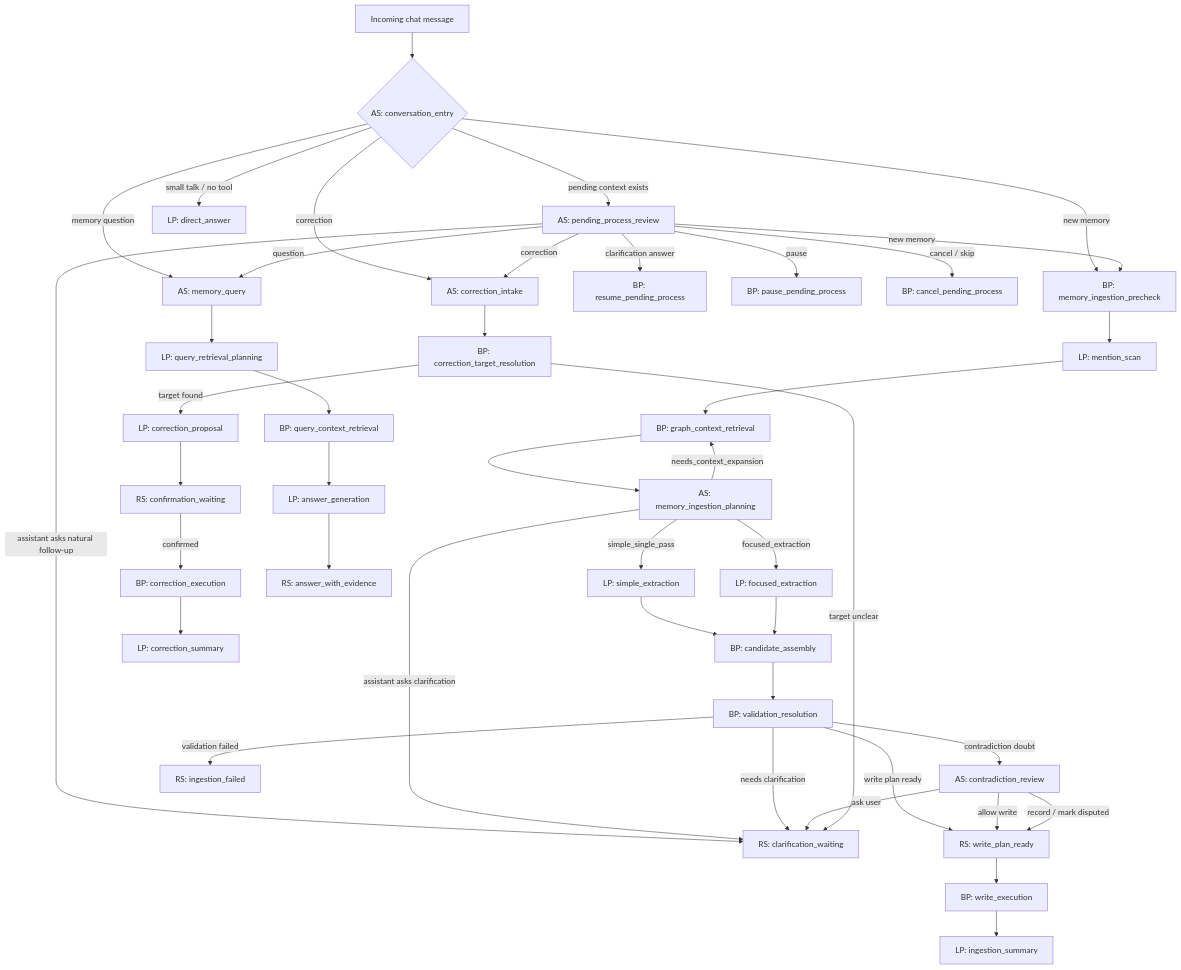
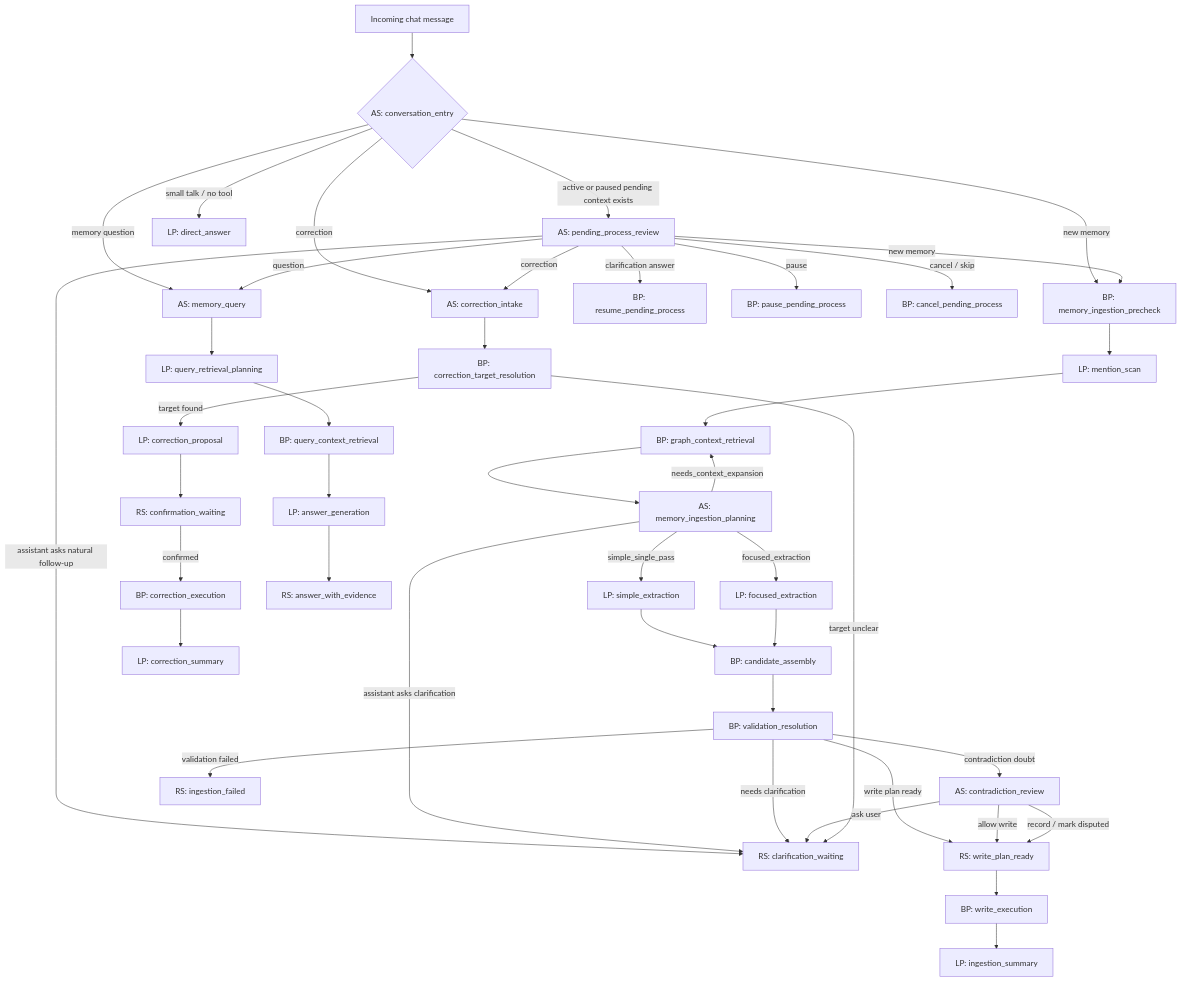
Before and after one commit to applebar17/my-digital-brain: the second of 3 diagrams in docs/architecture/agentic-orchestration.md, drawn with Mermaid. The commit also changed other lines of this file and 26 other files, not shown here.

````diff
--- a/docs/architecture/agentic-orchestration.md
+++ b/docs/architecture/agentic-orchestration.md
@@ -129,54 +129,54 @@
 ```mermaid
 flowchart TD
     M[Incoming chat message] --> CE{AS: conversation_entry}
 
-    CE -->|pending context exists| PPR[AS: pending_process_review]
+    CE -->|active or paused pending context exists| PPR[AS: pending_process_review]
     CE -->|new memory| MIP[BP: memory_ingestion_precheck]
     CE -->|memory question| MQ[AS: memory_query]
     CE -->|correction| CI[AS: correction_intake]
     CE -->|small talk / no tool| DA[LP: direct_answer]
 
     PPR -->|clarification answer| RP[BP: resume_pending_process]
     PPR -->|new memory| MIP
     PPR -->|question| MQ
     PPR -->|correction| CI
     PPR -->|pause| PP[BP: pause_pending_process]
     PPR -->|cancel / skip| CP[BP: cancel_pending_process]
     PPR -->|assistant asks natural follow-up| CW
 
     MIP --> MS[LP: mention_scan]
     MS --> GCR[BP: graph_context_retrieval]
     GCR --> MPLAN[AS: memory_ingestion_planning]
 
     MPLAN -->|simple_single_pass| SE[LP: simple_extraction]
     MPLAN -->|focused_extraction| FE[LP: focused_extraction]
     MPLAN -->|needs_context_expansion| GCR
     MPLAN -->|assistant asks clarification| CW[RS: clarification_waiting]
 
     SE --> CA[BP: candidate_assembly]
     FE --> CA
     CA --> VR[BP: validation_resolution]
     VR -->|write plan ready| WPR[RS: write_plan_ready]
     VR -->|needs clarification| CW
     VR -->|contradiction doubt| CJ[AS: contradiction_review]
     VR -->|validation failed| IF[RS: ingestion_failed]
 
     CJ -->|allow write| WPR
     CJ -->|ask user| CW
     CJ -->|record / mark disputed| WPR
 
     WPR --> WE[BP: write_execution]
     WE --> IS[LP: ingestion_summary]
 
     MQ --> QRP[LP: query_retrieval_planning]
     QRP --> QCR[BP: query_context_retrieval]
     QCR --> AG[LP: answer_generation]
     AG --> AWE[RS: answer_with_evidence]
 
     CI --> CTR[BP: correction_target_resolution]
     CTR -->|target found| CPROP[LP: correction_proposal]
     CTR -->|target unclear| CW
     CPROP --> CCW[RS: confirmation_waiting]
     CCW -->|confirmed| CEX[BP: correction_execution]
     CEX --> CS[LP: correction_summary]
 ```
````
